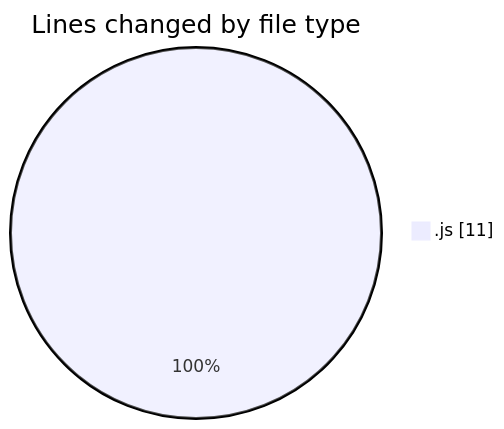
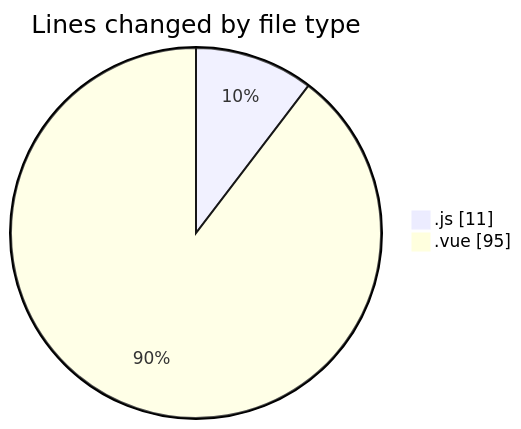
Before and after one commit to jcpc91/code-tracking: the first of 2 diagrams in 2025-05-07/cancelacionsegurosvida/README.md, drawn with Mermaid. The commit also changed other lines of this file and 1 other file, not shown here.

````diff
--- a/2025-05-07/cancelacionsegurosvida/README.md
+++ b/2025-05-07/cancelacionsegurosvida/README.md
@@ -20,5 +21,6 @@
 ```mermaid
 pie showData
 title Lines changed by file type
 ".js" : 11
+".vue" : 95
 ```
````
